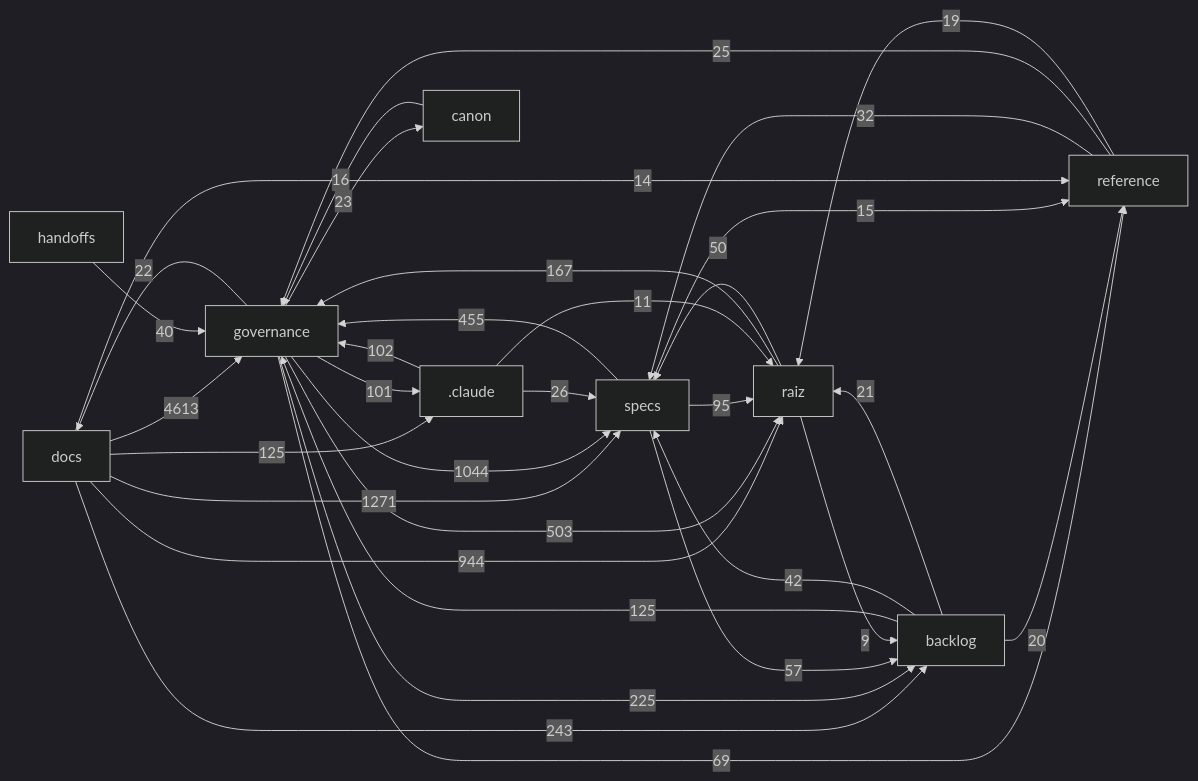
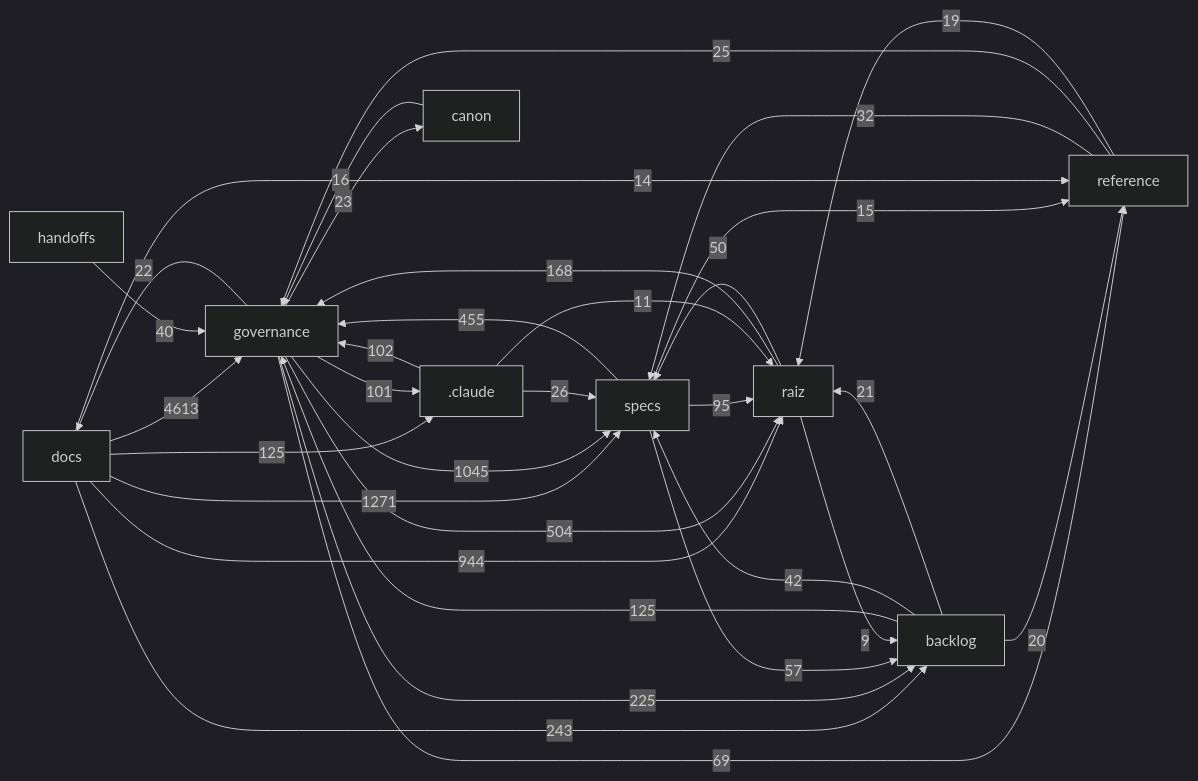
The diagram in docs/mapa/MAPA-PROJETO.md (Andraus35/Sistema-Operacional-de-Trading--SOT), drawn with Mermaid (dark theme) before and after one commit. The commit also changed other lines of this file and 7 other files, not shown here.

````diff
--- a/docs/mapa/MAPA-PROJETO.md
+++ b/docs/mapa/MAPA-PROJETO.md
@@ -30,35 +30,35 @@
 ```mermaid
 flowchart LR
   docs["docs"] -->|4613| governance["governance"]
   docs["docs"] -->|1271| specs["specs"]
-  governance["governance"] -->|1044| specs["specs"]
+  governance["governance"] -->|1045| specs["specs"]
   docs["docs"] -->|944| raiz["raiz"]
-  governance["governance"] -->|503| raiz["raiz"]
+  governance["governance"] -->|504| raiz["raiz"]
   specs["specs"] -->|455| governance["governance"]
   docs["docs"] -->|243| backlog["backlog"]
   governance["governance"] -->|225| backlog["backlog"]
-  raiz["raiz"] -->|167| governance["governance"]
+  raiz["raiz"] -->|168| governance["governance"]
   backlog["backlog"] -->|125| governance["governance"]
   docs["docs"] -->|125| _claude[".claude"]
   _claude[".claude"] -->|102| governance["governance"]
   governance["governance"] -->|101| _claude[".claude"]
   specs["specs"] -->|95| raiz["raiz"]
   governance["governance"] -->|69| reference["reference"]
   specs["specs"] -->|57| backlog["backlog"]
   raiz["raiz"] -->|50| specs["specs"]
   backlog["backlog"] -->|42| specs["specs"]
   handoffs["handoffs"] -->|40| governance["governance"]
   reference["reference"] -->|32| specs["specs"]
   _claude[".claude"] -->|26| specs["specs"]
   reference["reference"] -->|25| governance["governance"]
   governance["governance"] -->|23| canon["canon"]
   governance["governance"] -->|22| docs["docs"]
   backlog["backlog"] -->|21| raiz["raiz"]
   backlog["backlog"] -->|20| reference["reference"]
   reference["reference"] -->|19| raiz["raiz"]
   canon["canon"] -->|16| governance["governance"]
   specs["specs"] -->|15| reference["reference"]
   docs["docs"] -->|14| reference["reference"]
   _claude[".claude"] -->|11| raiz["raiz"]
   raiz["raiz"] -->|9| backlog["backlog"]
 ```
````
